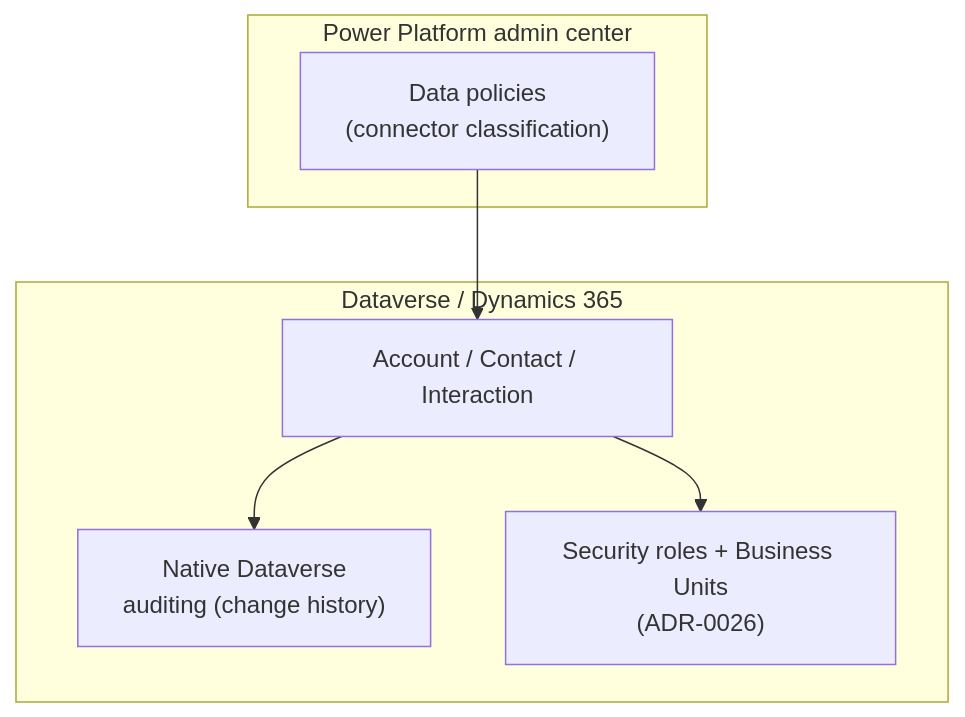
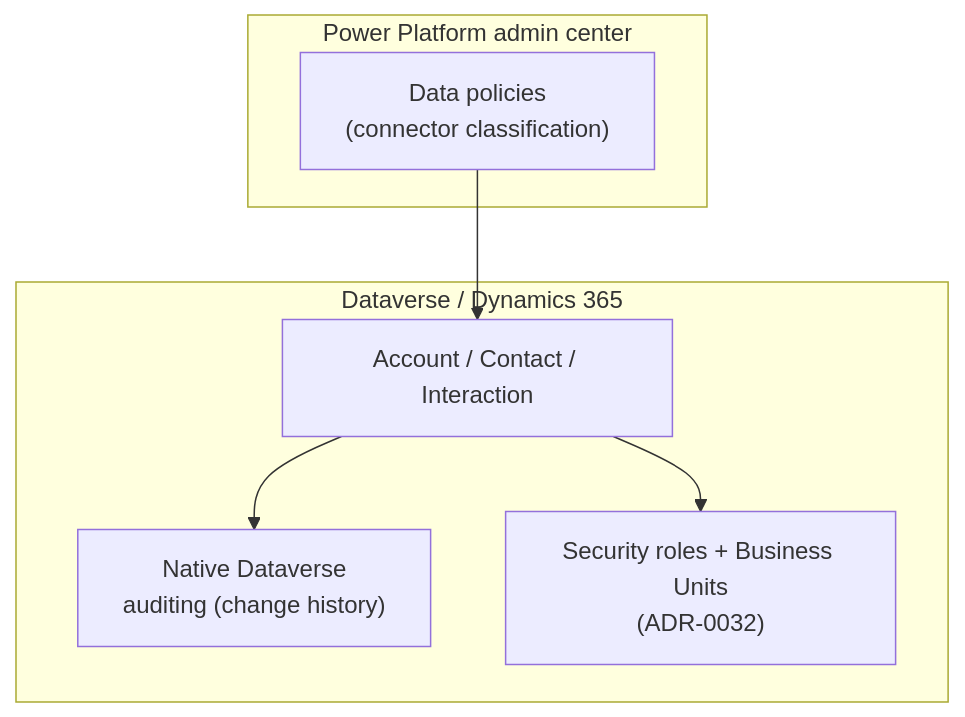
One commit to urruegg/CRMShowcase changed the third of 11 diagrams in docs/adr/ADR-0038-purview-power-platform-dynamics365-compliance.md. Above: the diagram before and after it, drawn with Mermaid. The commit also changed other lines of this file and 9 other files, not shown here.

````diff
--- a/docs/adr/ADR-0038-purview-power-platform-dynamics365-compliance.md
+++ b/docs/adr/ADR-0038-purview-power-platform-dynamics365-compliance.md
@@ -148,15 +148,15 @@
 ```mermaid
 flowchart TD
     subgraph DVA["Dataverse / Dynamics 365"]
         ACCA["Account / Contact / Interaction"]
         AUDITA["Native Dataverse\nauditing (change history)"]
-        ROLESA["Security roles + Business Units\n(ADR-0026)"]
+        ROLESA["Security roles + Business Units\n(ADR-0032)"]
     end
     subgraph PPA["Power Platform admin center"]
         DATAPOLA["Data policies\n(connector classification)"]
     end
 
     ACCA --> AUDITA
     ACCA --> ROLESA
     DATAPOLA --> ACCA
 ```
````
